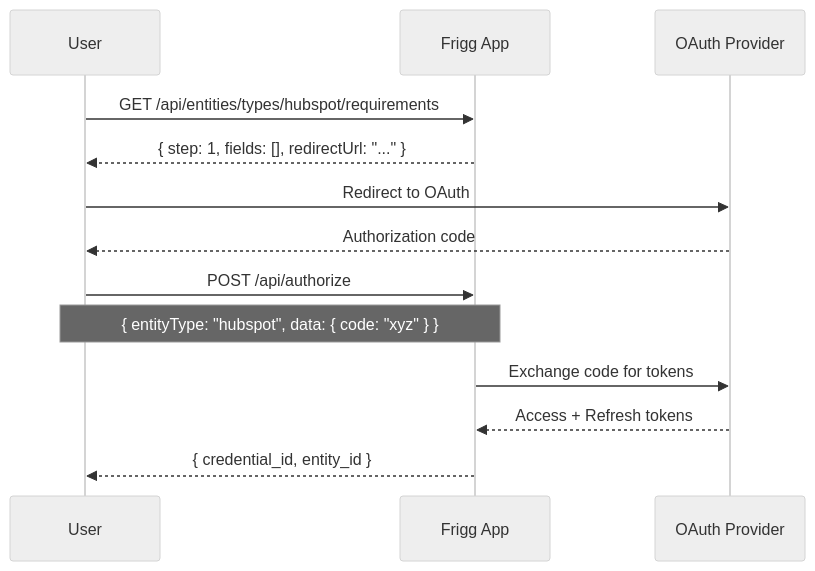
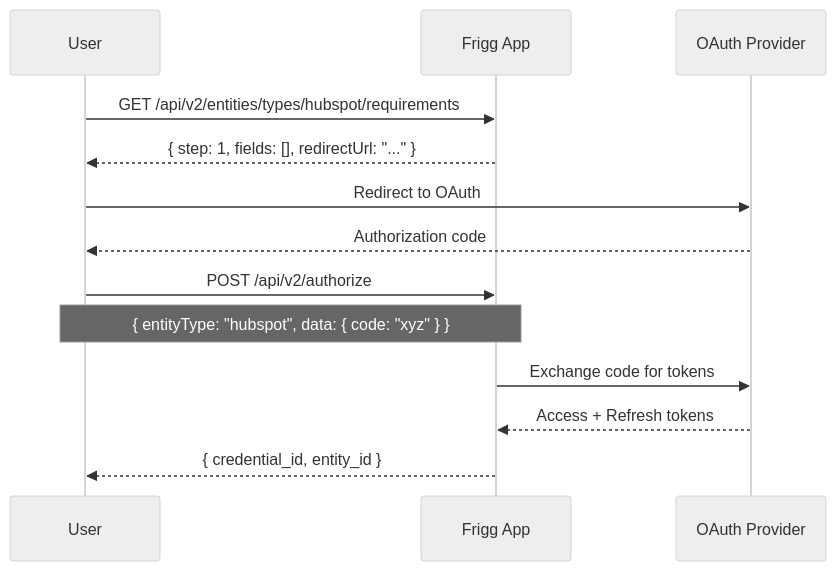
One commit to friggframework/frigg changed the fourth of 4 diagrams in docs/architecture-decisions/006-integration-router-v2.md. Above: the diagram before and after it, drawn with Mermaid (neutral theme). The commit also changed other lines of this file and 4 other files, not shown here.

````diff
--- a/docs/architecture-decisions/006-integration-router-v2.md
+++ b/docs/architecture-decisions/006-integration-router-v2.md
@@ -147,20 +162,20 @@
 ```mermaid
 sequenceDiagram
     participant User
     participant App as Frigg App
     participant OAuth as OAuth Provider
 
-    User->>App: GET /api/entities/types/hubspot/requirements
+    User->>App: GET /api/v2/entities/types/hubspot/requirements
     App-->>User: { step: 1, fields: [], redirectUrl: "..." }
 
     User->>OAuth: Redirect to OAuth
     OAuth-->>User: Authorization code
 
-    User->>App: POST /api/authorize
+    User->>App: POST /api/v2/authorize
     Note over User,App: { entityType: "hubspot", data: { code: "xyz" } }
 
     App->>OAuth: Exchange code for tokens
     OAuth-->>App: Access + Refresh tokens
 
     App-->>User: { credential_id, entity_id }
 ```
````
